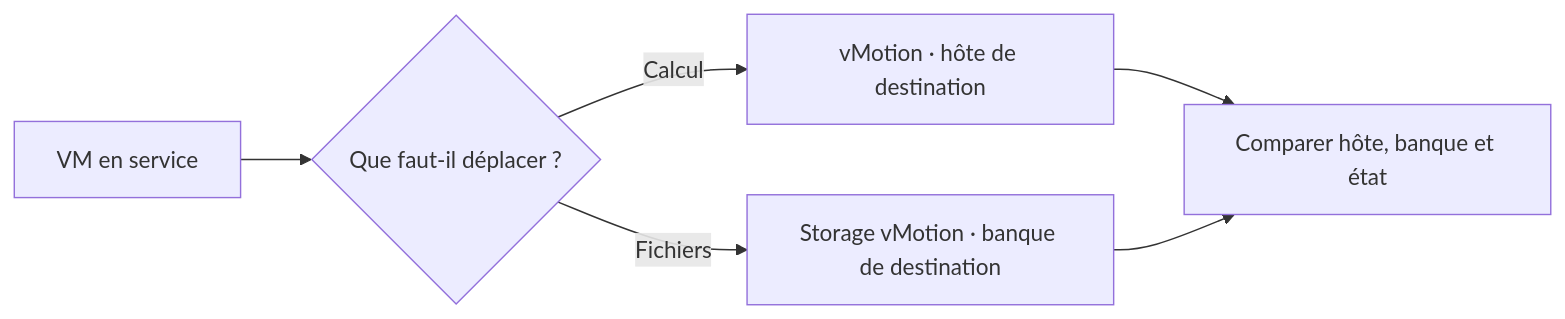
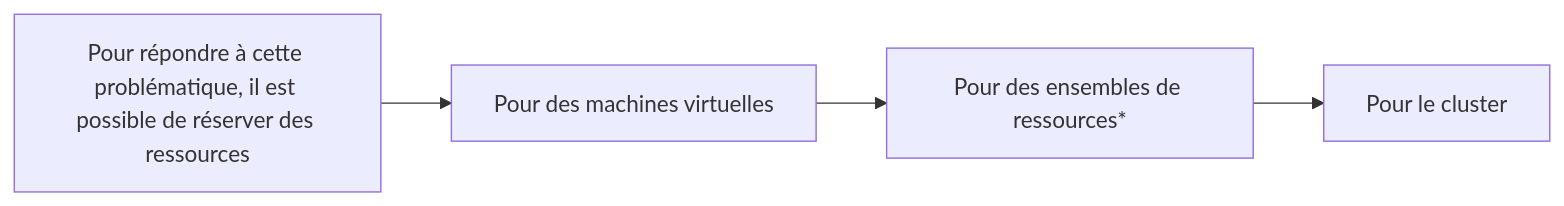
One commit to sk34pk25/tssr-cours changed the second of 5 diagrams in docs/modules/13-virtualisation-serveurs/module-08.md. Above: the diagram before and after it, drawn with Mermaid. The commit also changed other lines of this file and 7 other files, not shown here.

````diff
--- a/docs/modules/13-virtualisation-serveurs/module-08.md
+++ b/docs/modules/13-virtualisation-serveurs/module-08.md
@@ -62,8 +74,10 @@
 ```mermaid
 flowchart LR
-    A["VM en service"] --> B{"Que faut-il déplacer ?"}
-    B -->|"Calcul"| C["vMotion · hôte de destination"]
-    B -->|"Fichiers"| D["Storage vMotion · banque de destination"]
-    C --> E["Comparer hôte, banque et état"]
-    D --> E
+    N1["Pour répondre à cette problématique, il est possible de réserver des ressources"]
+    N2["Pour des machines virtuelles"]
+    N3["Pour des ensembles de ressources*"]
+    N4["Pour le cluster"]
+    N1 --> N2
+    N2 --> N3
+    N3 --> N4
 ```
````
